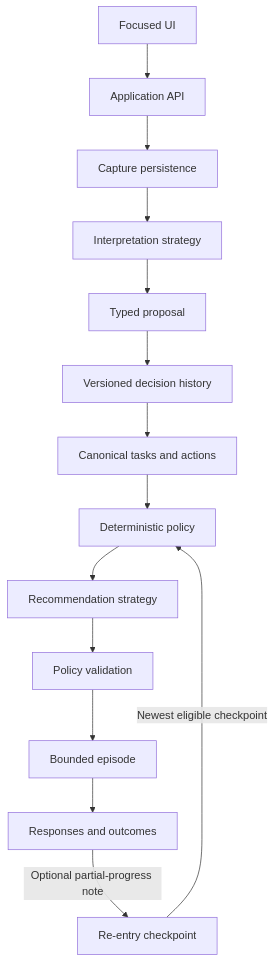
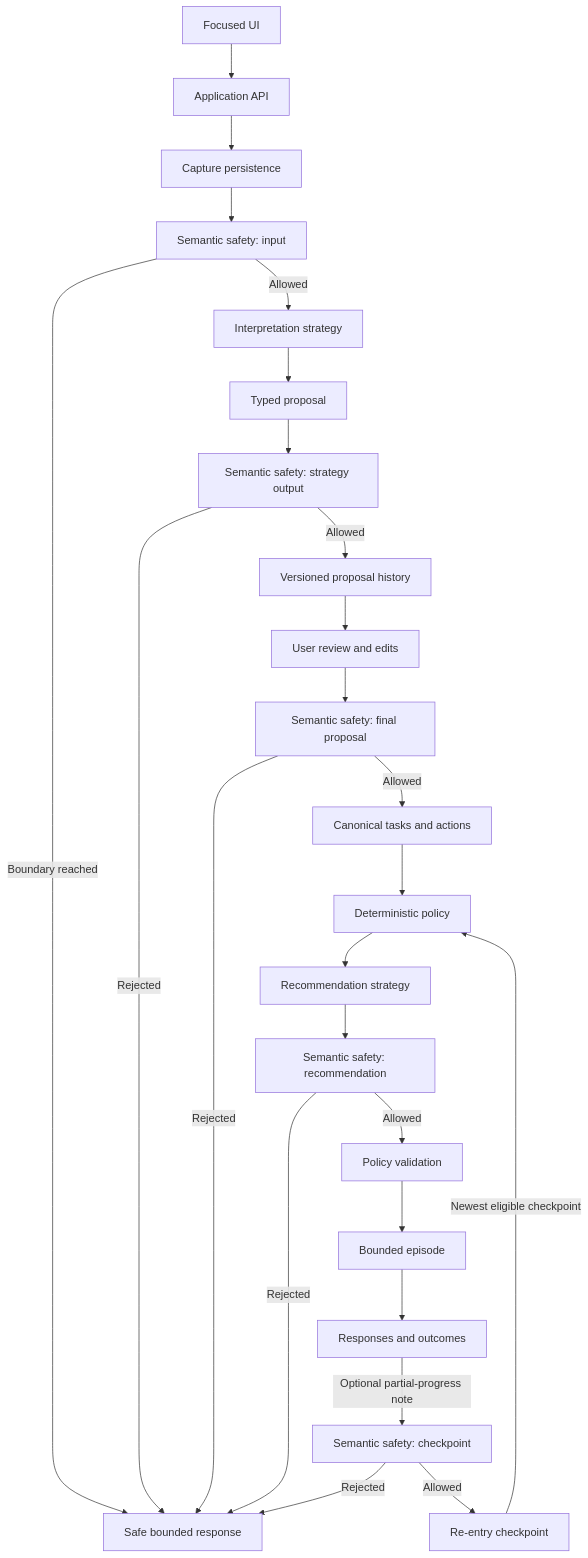
The diagram in docs/architecture.md (rootkow/weavance), drawn with Mermaid before and after one commit. The commit also changed other lines of this file and 5 other files, not shown here.

Commit message:
Document application-owned semantic safety

````diff
--- a/docs/architecture.md
+++ b/docs/architecture.md
@@ -36,16 +37,27 @@
 ```mermaid
 flowchart TD
     UI["Focused UI"] --> API["Application API"]
     API --> STORE["Capture persistence"]
-    STORE --> INTERPRET["Interpretation strategy"]
+    STORE --> SAFETY_IN["Semantic safety: input"]
+    SAFETY_IN -->|"Allowed"| INTERPRET["Interpretation strategy"]
+    SAFETY_IN -->|"Boundary reached"| SAFE["Safe bounded response"]
     INTERPRET --> PROPOSAL["Typed proposal"]
-    PROPOSAL --> HISTORY["Versioned decision history"]
-    HISTORY --> STATE["Canonical tasks and actions"]
+    PROPOSAL --> SAFETY_OUT["Semantic safety: strategy output"]
+    SAFETY_OUT -->|"Rejected"| SAFE
+    SAFETY_OUT -->|"Allowed"| HISTORY["Versioned proposal history"]
+    HISTORY --> REVIEW["User review and edits"]
+    REVIEW --> SAFETY_FINAL["Semantic safety: final proposal"]
+    SAFETY_FINAL -->|"Rejected"| SAFE
+    SAFETY_FINAL -->|"Allowed"| STATE["Canonical tasks and actions"]
     STATE --> POLICY["Deterministic policy"]
     POLICY --> RECOMMEND["Recommendation strategy"]
-    RECOMMEND --> VALIDATE["Policy validation"]
+    RECOMMEND --> SAFETY_REC["Semantic safety: recommendation"]
+    SAFETY_REC -->|"Rejected"| SAFE
+    SAFETY_REC -->|"Allowed"| VALIDATE["Policy validation"]
     VALIDATE --> EPISODE["Bounded episode"]
     EPISODE --> EVENTS["Responses and outcomes"]
-    EVENTS -->|"Optional partial-progress note"| REENTRY["Re-entry checkpoint"]
+    EVENTS -->|"Optional partial-progress note"| SAFETY_REENTRY["Semantic safety: checkpoint"]
+    SAFETY_REENTRY -->|"Rejected"| SAFE
+    SAFETY_REENTRY -->|"Allowed"| REENTRY["Re-entry checkpoint"]
     REENTRY -->|"Newest eligible checkpoint"| POLICY
 ```
````
